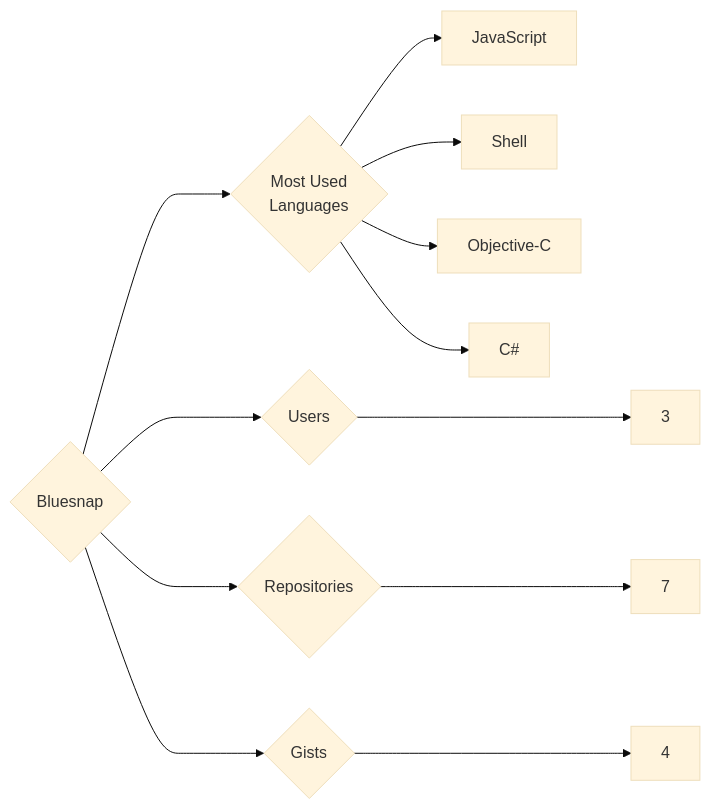
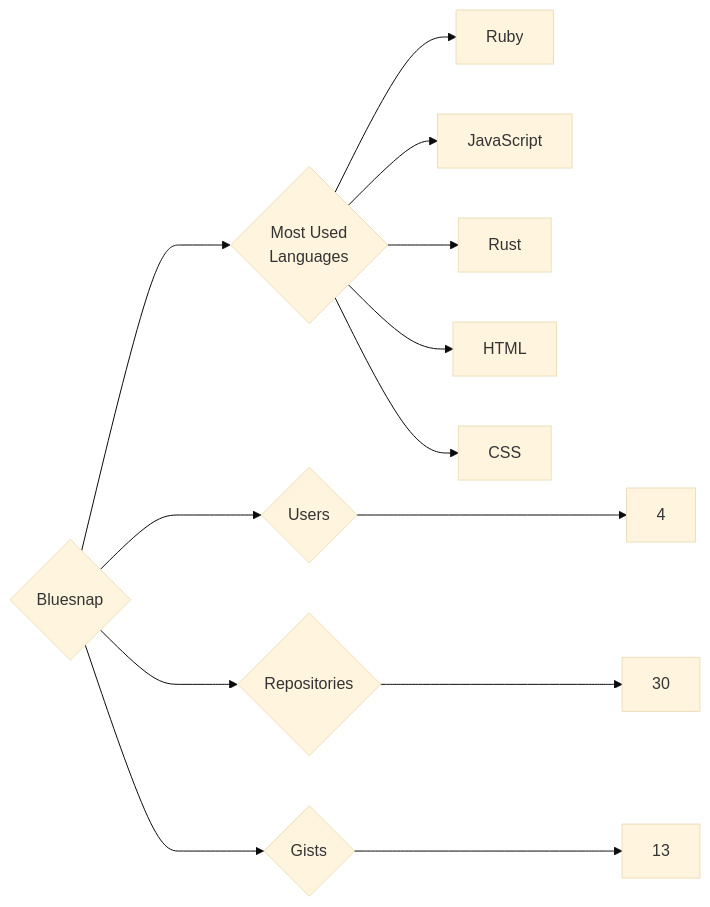
One commit to trickest/insiders changed the diagram in targets/Bluesnap/README.md. Above: the diagram before and after it, drawn with Mermaid (base theme). The commit also changed 1055 other files, not shown here.

````diff
--- a/targets/Bluesnap/README.md
+++ b/targets/Bluesnap/README.md
@@ -3,12 +3,13 @@
 ```mermaid
 graph LR
 COMPANY_NAME{Bluesnap}
-COMPANY_NAME ---> U{Users} ---> UN[3]
-COMPANY_NAME ---> R{Repositories} ---> RN[7]
-COMPANY_NAME ---> G{Gists} ---> GN[4]
+COMPANY_NAME ---> U{Users} ---> UN[4]
+COMPANY_NAME ---> R{Repositories} ---> RN[30]
+COMPANY_NAME ---> G{Gists} ---> GN[13]
 COMPANY_NAME ---> ML{Most Used<br>Languages}
+ML --> Ruby[Ruby]
 ML --> JavaScript[JavaScript]
-ML --> Shell[Shell]
-ML --> Objective-C[Objective-C]
-ML --> C#[C#]
+ML --> Rust[Rust]
+ML --> HTML[HTML]
+ML --> CSS[CSS]
 ```
````
